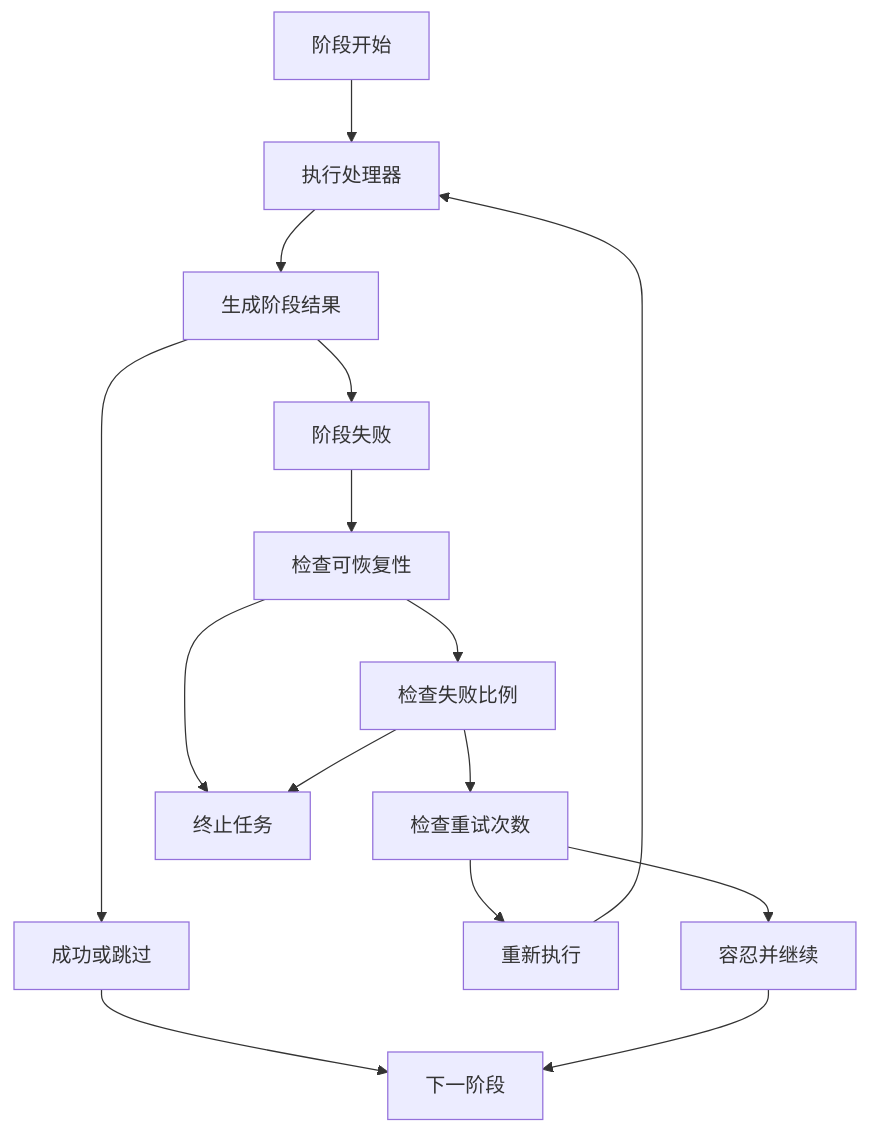
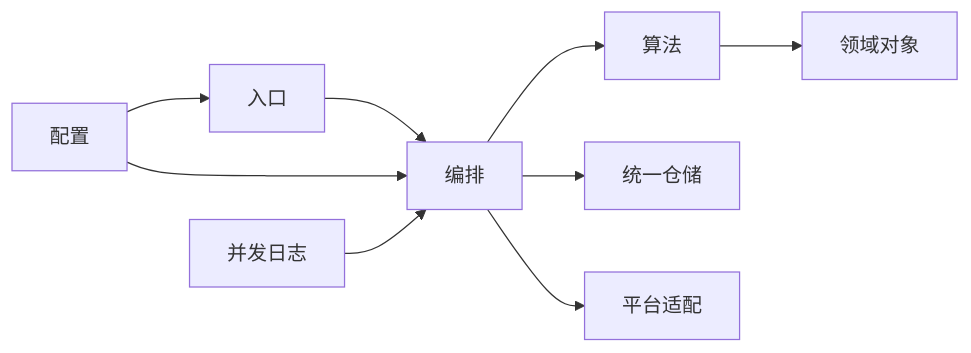
One commit to 18963603561/fmdb_udf_raha changed the second of 6 diagrams in doc/20260715/Raha工程-源码完整分析-202607150943.md. Above: the diagram before and after it, drawn with Mermaid. The commit also changed other lines of this file and 1 other file, not shown here.

````diff
--- a/doc/20260715/Raha工程-源码完整分析-202607150943.md
+++ b/doc/20260715/Raha工程-源码完整分析-202607150943.md
@@ -790,17 +258,11 @@
 ```mermaid
-graph TD;
-n01[阶段开始] --> n02[执行处理器];
-n02 --> n03[生成阶段结果];
-n03 --> n04[成功或跳过];
-n03 --> n05[阶段失败];
-n05 --> n06[检查可恢复性];
-n06 --> n07[检查失败比例];
-n07 --> n08[检查重试次数];
-n08 --> n09[重新执行];
-n08 --> n10[容忍并继续];
-n06 --> n11[终止任务];
-n07 --> n11;
-n09 --> n02;
-n04 --> n12[下一阶段];
-n10 --> n12;
+graph LR;
+n01[入口] --> n02[编排];
+n02 --> n03[算法];
+n03 --> n04[领域对象];
+n02 --> n05[统一仓储];
+n02 --> n06[平台适配];
+n07[配置] --> n01;
+n07 --> n02;
+n08[并发日志] --> n02;
 ```
````
